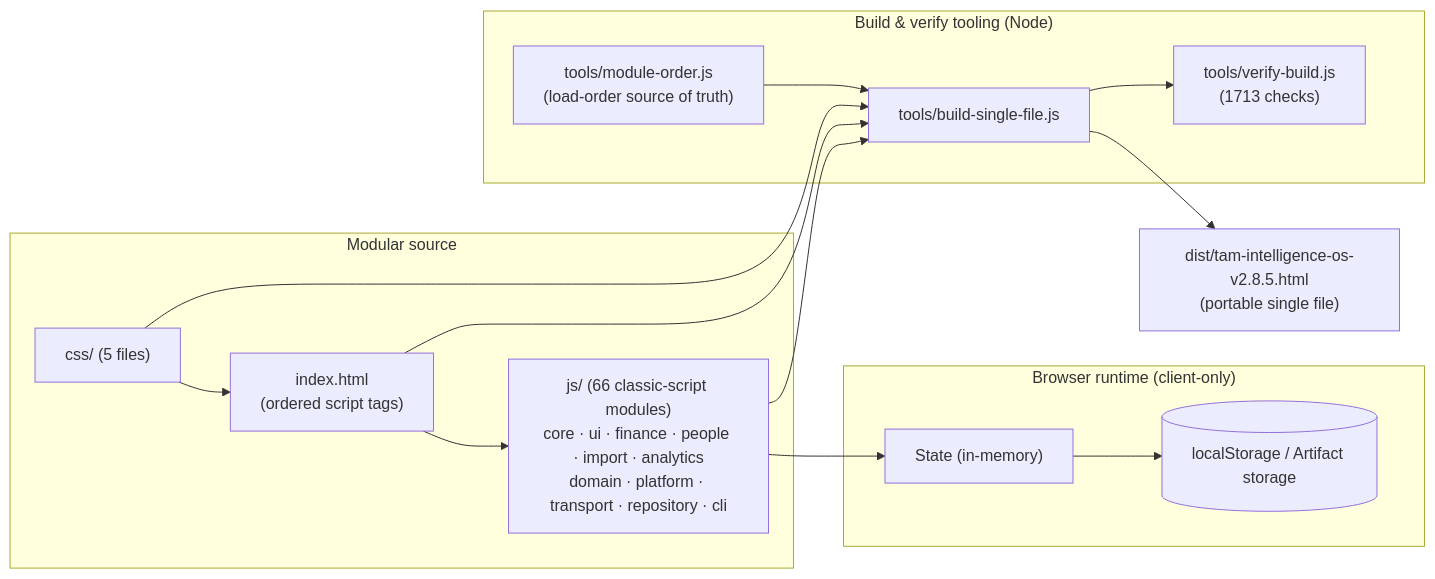
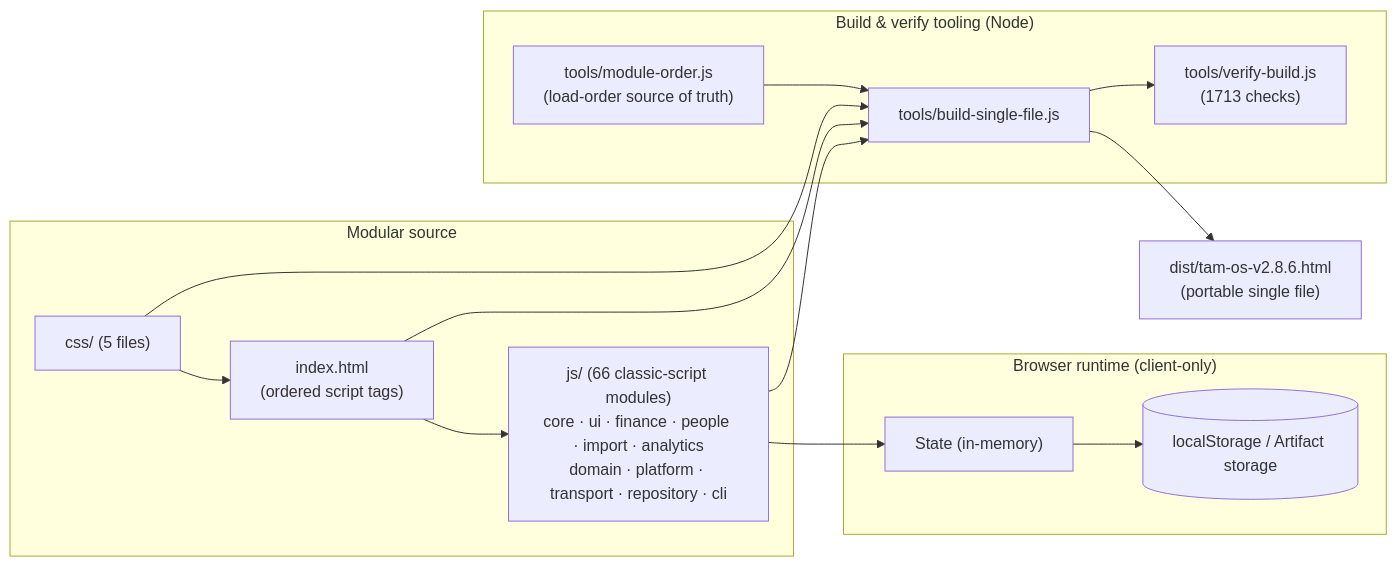
Before and after one commit to fanoryu/TAM-Intelligence-OS: the first of 2 diagrams in README.md, drawn with Mermaid. The commit also changed other lines of this file and 13 other files, not shown here.

````diff
--- a/README.md
+++ b/README.md
@@ -171,27 +172,27 @@
 ```mermaid
 flowchart LR
   subgraph Source["Modular source"]
     IDX["index.html<br/>(ordered script tags)"]
     CSS["css/ (5 files)"]
     JS["js/ (66 classic-script modules)<br/>core · ui · finance · people · import · analytics<br/>domain · platform · transport · repository · cli"]
   end
   subgraph Runtime["Browser runtime (client-only)"]
     STATE["State (in-memory)"]
     LS[("localStorage / Artifact storage")]
   end
   subgraph Build["Build & verify tooling (Node)"]
     ORDER["tools/module-order.js<br/>(load-order source of truth)"]
     BUILD["tools/build-single-file.js"]
     VERIFY["tools/verify-build.js<br/>(1713 checks)"]
   end
-  DIST["dist/tam-intelligence-os-v2.8.5.html<br/>(portable single file)"]
+  DIST["dist/tam-os-v2.8.6.html<br/>(portable single file)"]
 
   IDX --> JS --> STATE --> LS
   CSS --> IDX
   ORDER --> BUILD
   IDX --> BUILD
   CSS --> BUILD
   JS --> BUILD
   BUILD --> DIST
   BUILD --> VERIFY
 ```
````
